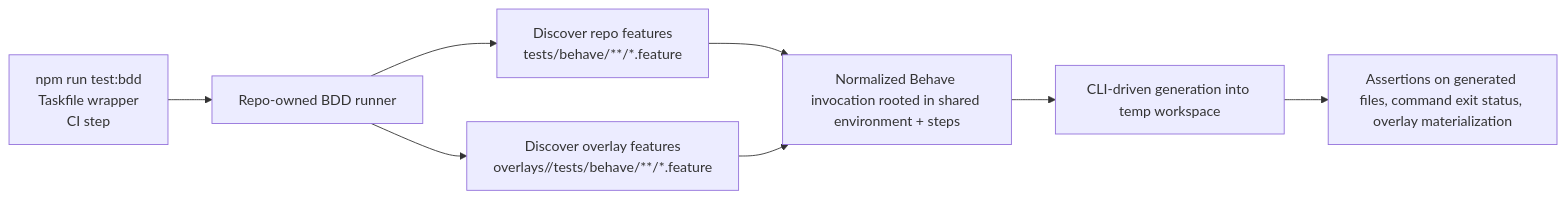
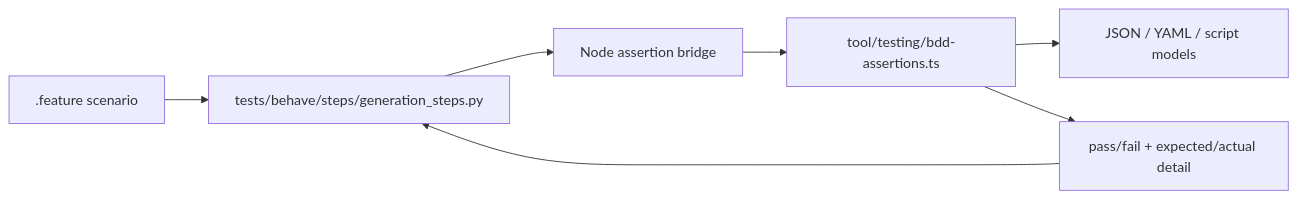
One commit to veggerby/container-superposition changed the diagram in docs/specs/053-behave-bdd-overlay-discovery/spec.md. Above: the diagram before and after it, drawn with Mermaid. The commit also changed other lines of this file and 17 other files, not shown here.

First line of the commit message:
feat: Enhance BDD assertions and testing framework

````diff
--- a/docs/specs/053-behave-bdd-overlay-discovery/spec.md
+++ b/docs/specs/053-behave-bdd-overlay-discovery/spec.md
@@ -198,10 +246,9 @@
 ```mermaid
 flowchart LR
-    A[npm run test:bdd\nTaskfile wrapper\nCI step] --> B[Repo-owned BDD runner]
-    B --> C[Discover repo features\ntests/behave/**/*.feature]
-    B --> D[Discover overlay features\noverlays/<id>/tests/behave/**/*.feature]
-    C --> E[Normalized Behave invocation rooted in shared environment + steps]
-    D --> E
-    E --> F[CLI-driven generation into temp workspace]
-    F --> G[Assertions on generated files, command exit status, overlay materialization]
+    Feature[.feature scenario] --> PySteps[tests/behave/steps/generation_steps.py]
+    PySteps --> NodeBridge[Node assertion bridge]
+    NodeBridge --> TsHelpers[tool/testing/bdd-assertions.ts]
+    TsHelpers --> ParsedDocs[JSON / YAML / script models]
+    TsHelpers --> Result[pass/fail + expected/actual detail]
+    Result --> PySteps
 ```
````
